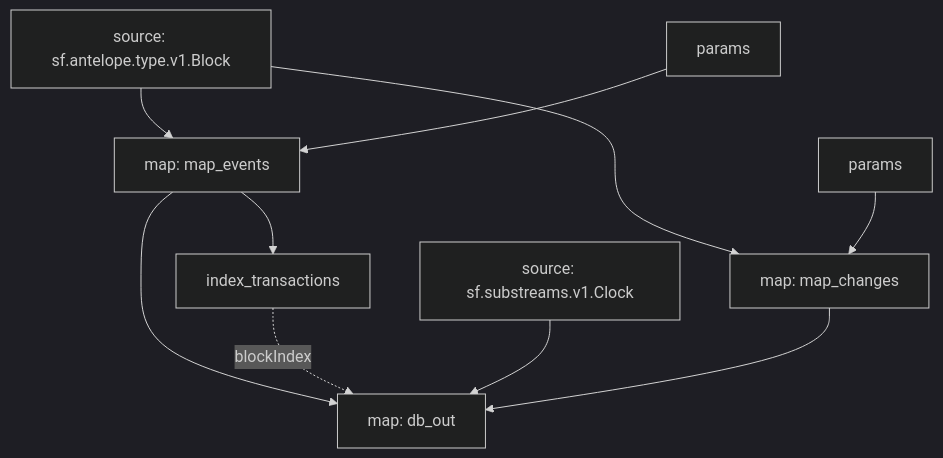
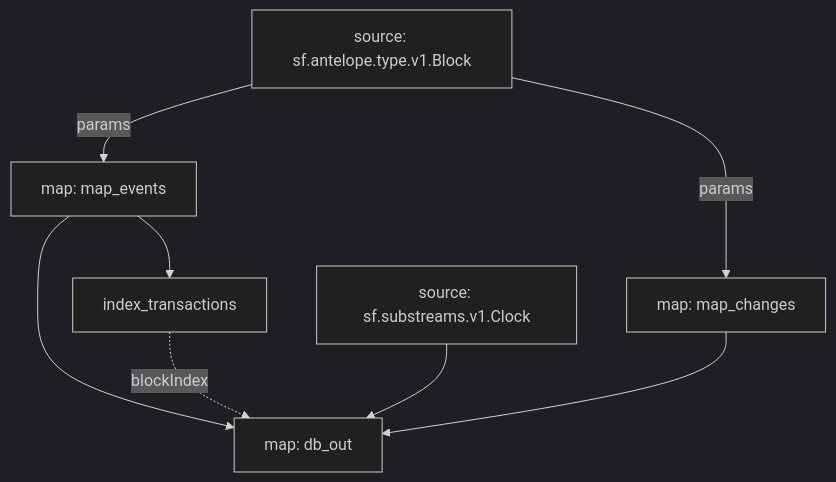
The diagram in README.md (pinax-network/substreams-eos-ram), drawn with Mermaid (dark theme) before and after one commit.

Commit message:
update mermaid

````diff
--- a/README.md
+++ b/README.md
@@ -21,18 +21,16 @@
 ```mermaid
 graph TD;
-  sf.antelope.type.v1.Block[source: sf.antelope.type.v1.Block] --> map_events;
-  sf.antelope.type.v1.Block[source: sf.antelope.type.v1.Block] --> map_changes;
+  sf.antelope.type.v1.Block[source: sf.antelope.type.v1.Block] --> | params | map_events;
+  sf.antelope.type.v1.Block[source: sf.antelope.type.v1.Block] --> | params | map_changes;
 
   map_events[map: map_events];
-  map_events:params[params] --> map_events;
   map_events --> index_transactions;
   map_events --> db_out;
 
   index_transactions -.-> |blockIndex| db_out;
   sf.substreams.v1.Clock[source: sf.substreams.v1.Clock] --> db_out;
   db_out[map: db_out];
 
   map_changes[map: map_changes];
-  map_changes:params[params] --> map_changes;
   map_changes --> db_out;
 ```
````
